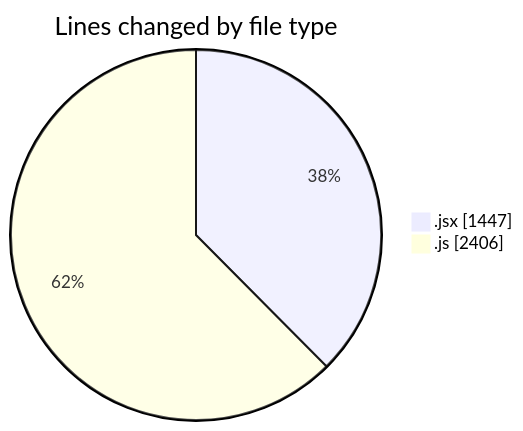
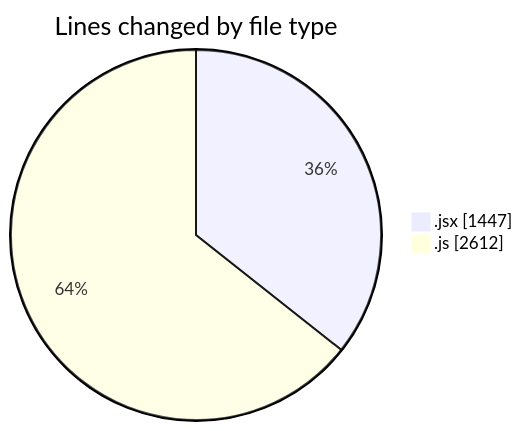
The first of 2 diagrams in 2025-09-15/nxtqube_webapp/README.md (nxtqubesakshisongat/code-tracking), drawn with Mermaid before and after one commit. The commit also changed other lines of this file and 1 other file, not shown here.

````diff
--- a/2025-09-15/nxtqube_webapp/README.md
+++ b/2025-09-15/nxtqube_webapp/README.md
@@ -22,6 +22,6 @@
 ```mermaid
 pie showData
 title Lines changed by file type
 ".jsx" : 1447
-".js" : 2406
+".js" : 2612
 ```
````
